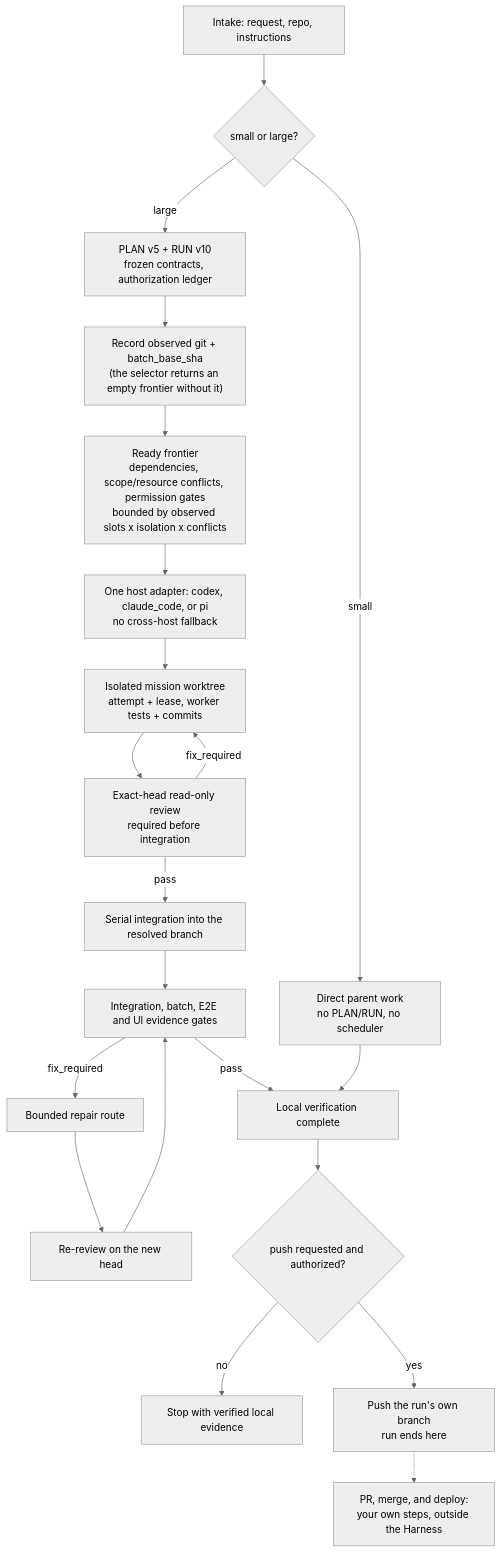
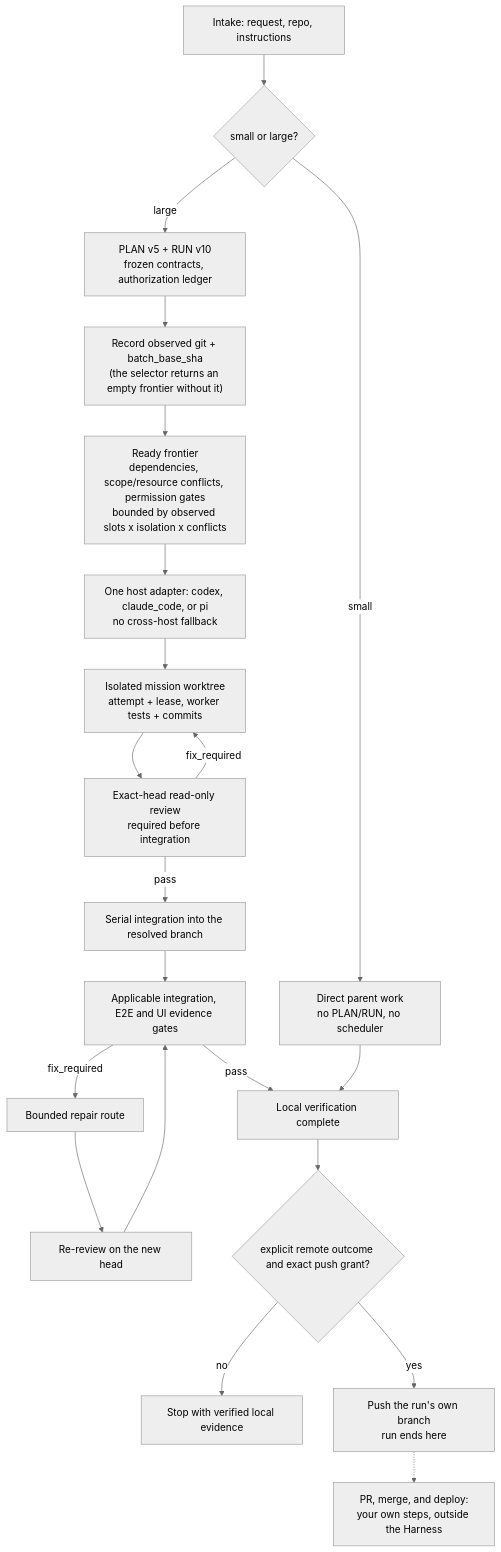
The second of 2 diagrams in README.md (Phlegonlabs/product-delivery-harness), drawn with Mermaid (neutral theme) before and after one commit. The commit also changed other lines of this file and 71 other files, not shown here.

````diff
--- a/README.md
+++ b/README.md
@@ -93,23 +93,23 @@
 ```mermaid
 flowchart TB
   Intake["Intake: request, repo, instructions"] --> Size{"small or large?"}
   Size -->|small| Direct["Direct parent work<br/>no PLAN/RUN, no scheduler"]
   Size -->|large| Plan["PLAN v5 + RUN v10<br/>frozen contracts, authorization ledger"]
   Plan --> Observe["Record observed git + batch_base_sha<br/>(the selector returns an empty frontier without it)"]
   Observe --> Frontier["Ready frontier<br/>dependencies, scope/resource conflicts, permission gates<br/>bounded by observed slots x isolation x conflicts"]
   Frontier --> Host["One host adapter: codex, claude_code, or pi<br/>no cross-host fallback"]
   Host --> Work["Isolated mission worktree<br/>attempt + lease, worker tests + commits"]
   Work --> Review["Exact-head read-only review<br/>required before integration"]
   Review -->|pass| Integrate["Serial integration into the resolved branch"]
   Review -->|fix_required| Work
-  Integrate --> Gates["Integration, batch, E2E and UI evidence gates"]
+  Integrate --> Gates["Applicable integration, E2E and UI evidence gates"]
   Gates -->|fix_required| Repair["Bounded repair route"]
   Repair --> Rereview["Re-review on the new head"]
   Rereview --> Gates
   Gates -->|pass| Local["Local verification complete"]
   Direct --> Local
-  Local --> Remote{"push requested and authorized?"}
+  Local --> Remote{"explicit remote outcome and exact push grant?"}
   Remote -->|no| Done["Stop with verified local evidence"]
   Remote -->|yes| Push["Push the run's own branch<br/>run ends here"]
   Push -.-> Yours["PR, merge, and deploy:<br/>your own steps, outside the Harness"]
 ```
````
